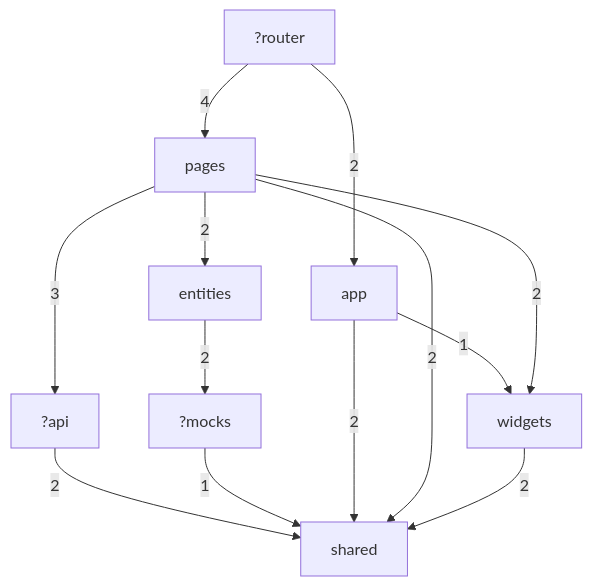
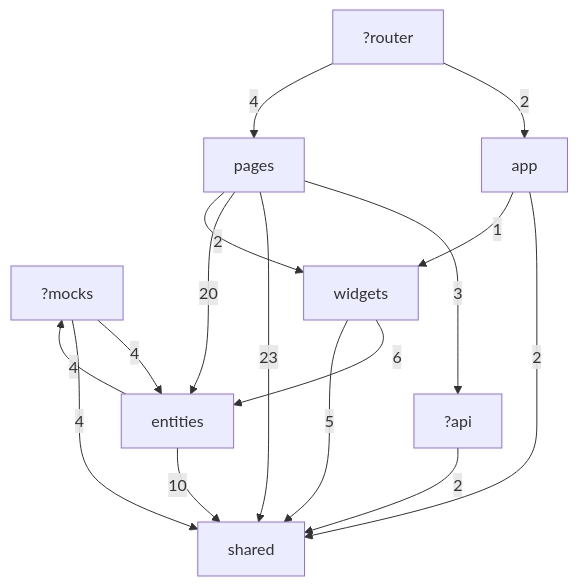
The first of 2 diagrams in docs/ai/reports/generated/slices.md (Rdnxla/home-cctv-web-viewer), drawn with Mermaid before and after one commit. The commit also changed other lines of this file and 10 other files, not shown here.

````diff
--- a/docs/ai/reports/generated/slices.md
+++ b/docs/ai/reports/generated/slices.md
@@ -59,15 +61,18 @@
 ```mermaid
 graph TD
   ?api -->|2| shared
-  ?mocks -->|1| shared
+  ?mocks -->|4| entities
+  ?mocks -->|4| shared
   ?router -->|2| app
   ?router -->|4| pages
   app -->|2| shared
   app -->|1| widgets
-  entities -->|2| ?mocks
+  entities -->|4| ?mocks
+  entities -->|10| shared
   pages -->|3| ?api
-  pages -->|2| shared
-  pages -->|2| entities
+  pages -->|23| shared
+  pages -->|20| entities
   pages -->|2| widgets
-  widgets -->|2| shared
+  widgets -->|6| entities
+  widgets -->|5| shared
 ```
````
